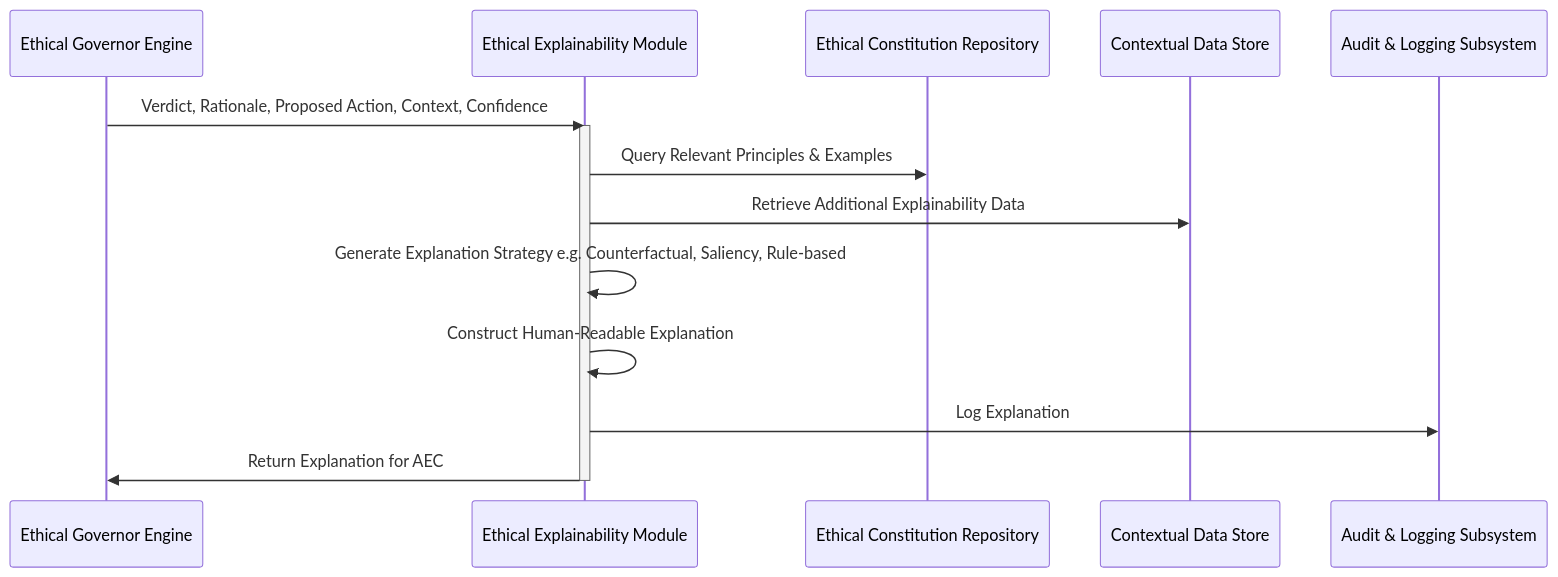
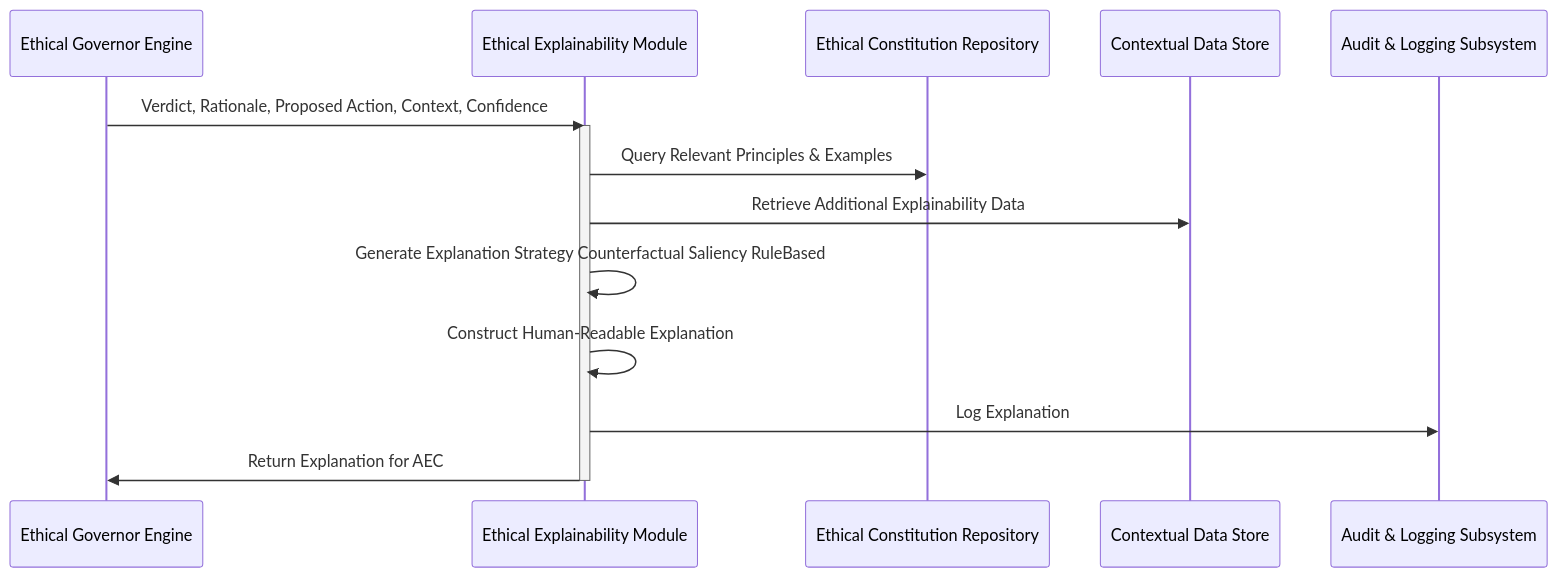
Before and after one commit to diplomat-bit/Citibank_Demo_Business_Inc_Demonstration-: the fourth of 9 diagrams in inventions/026_ethical_governor_for_ai_systems.md, drawn with Mermaid. The commit also changed other lines of this file, not shown here.

````diff
--- a/inventions/026_ethical_governor_for_ai_systems.md
+++ b/inventions/026_ethical_governor_for_ai_systems.md
@@ -303,18 +305,18 @@
 ```mermaid
 sequenceDiagram
     participant EGE as Ethical Governor Engine
     participant EEM as Ethical Explainability Module
     participant ECR as Ethical Constitution Repository
     participant Context as Contextual Data Store
     participant ALS as Audit & Logging Subsystem
 
     EGE->>EEM: Verdict, Rationale, Proposed Action, Context, Confidence
     activate EEM
     EEM->>ECR: Query Relevant Principles & Examples
     EEM->>Context: Retrieve Additional Explainability Data
-    EEM->>EEM: Generate Explanation Strategy e.g. Counterfactual, Saliency, Rule-based
+    EEM->>EEM: Generate Explanation Strategy Counterfactual Saliency RuleBased
     EEM->>EEM: Construct Human-Readable Explanation
     EEM->>ALS: Log Explanation
     EEM->>EGE: Return Explanation for AEC
     deactivate EEM
 ```
````
